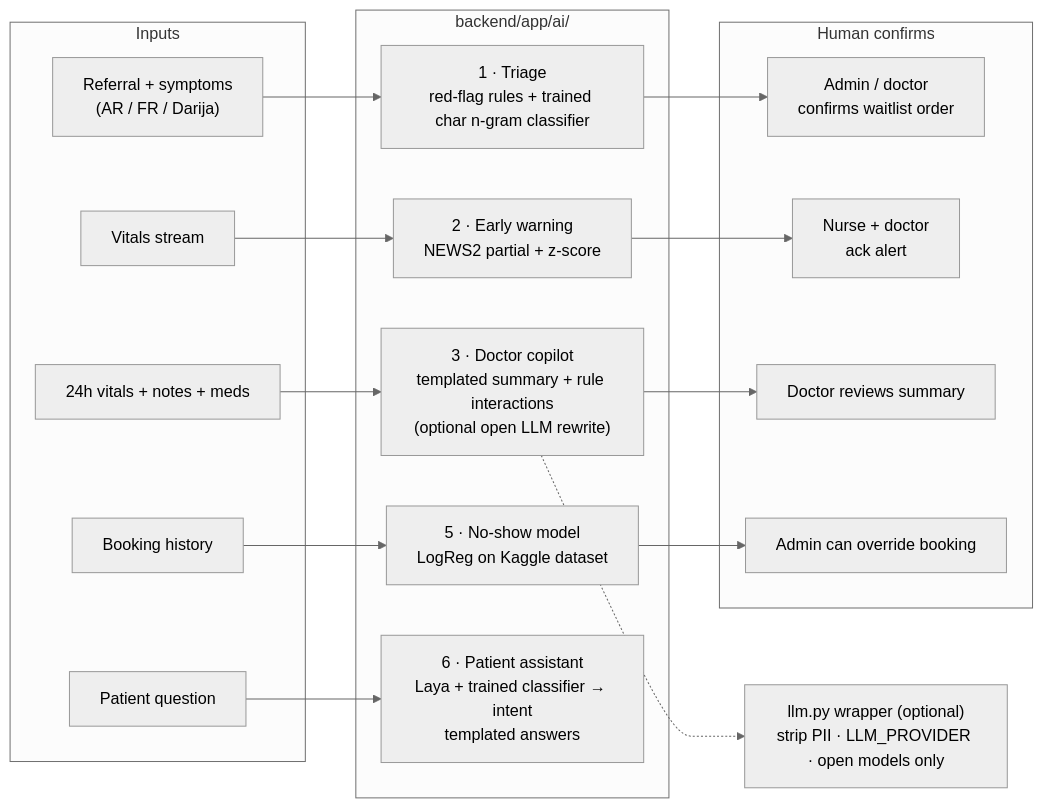
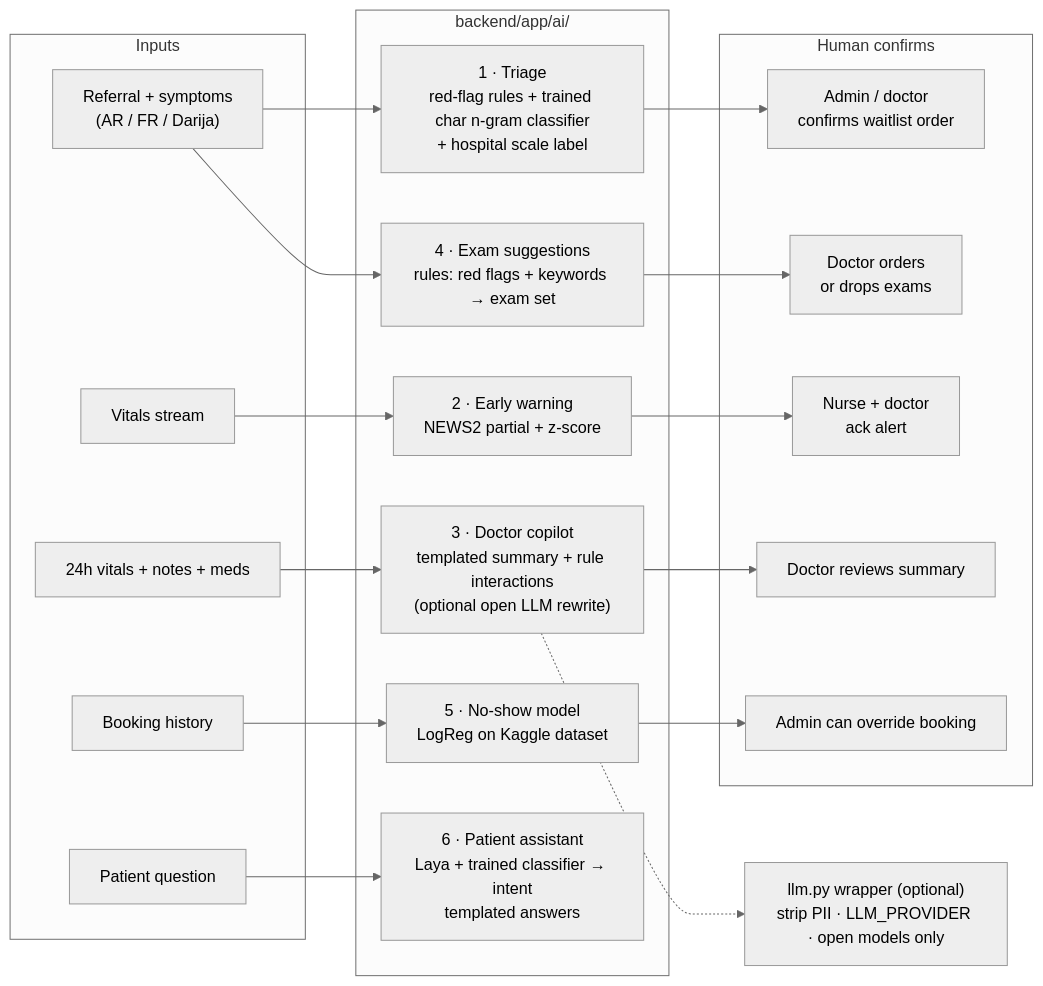
One commit to Faouzi-Blibech/smarty-hospital- changed the sixth of 6 diagrams in docs/architecture.md. Above: the diagram before and after it, drawn with Mermaid (neutral theme). The commit also changed other lines of this file and 1 other file, not shown here.

Commit message:
docs: README and architecture for the single-visit pathway, AI routes and current status

````diff
--- a/docs/architecture.md
+++ b/docs/architecture.md
@@ -196,30 +257,33 @@
 ```mermaid
 flowchart LR
   subgraph In["Inputs"]
     REF["Referral + symptoms<br/>(AR / FR / Darija)"]
     VS["Vitals stream"]
     H24["24h vitals + notes + meds"]
     HIST["Booking history"]
     Q["Patient question"]
   end
   subgraph Mods["backend/app/ai/"]
-    T["1 · Triage<br/>red-flag rules + trained char n-gram classifier"]
+    T["1 · Triage<br/>red-flag rules + trained char n-gram classifier<br/>+ hospital scale label"]
+    EX["4 · Exam suggestions<br/>rules: red flags + keywords → exam set"]
     EW["2 · Early warning<br/>NEWS2 partial + z-score"]
     CP["3 · Doctor copilot<br/>templated summary + rule interactions<br/>(optional open LLM rewrite)"]
     NS["5 · No-show model<br/>LogReg on Kaggle dataset"]
     PA["6 · Patient assistant<br/>Laya + trained classifier → intent<br/>templated answers"]
   end
   W["llm.py wrapper (optional)<br/>strip PII · LLM_PROVIDER · open models only"]
   subgraph Human["Human confirms"]
     HA["Admin / doctor<br/>confirms waitlist order"]
+    HX["Doctor orders<br/>or drops exams"]
     HN["Nurse + doctor<br/>ack alert"]
     HD["Doctor reviews summary"]
     HO["Admin can override booking"]
   end
   REF --> T --> HA
+  REF --> EX --> HX
   VS --> EW --> HN
   H24 --> CP --> HD
   HIST --> NS --> HO
   Q --> PA
   CP -.-> W
 ```
````
